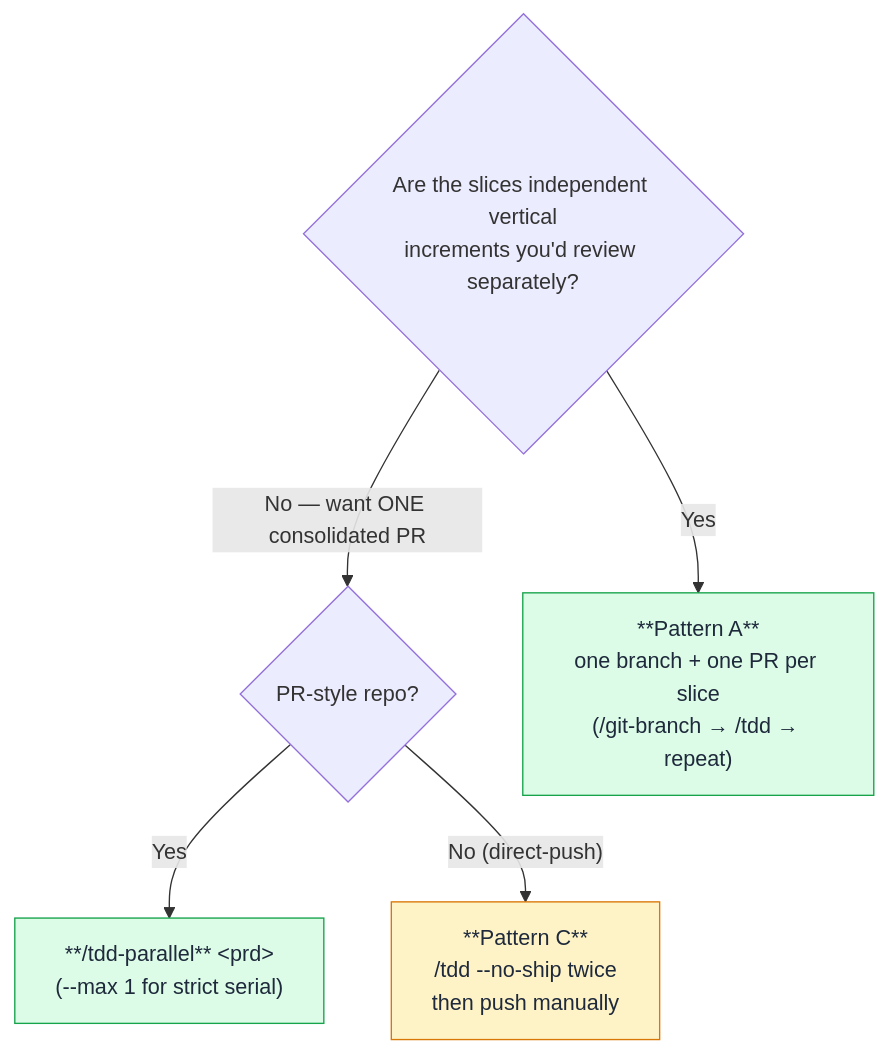
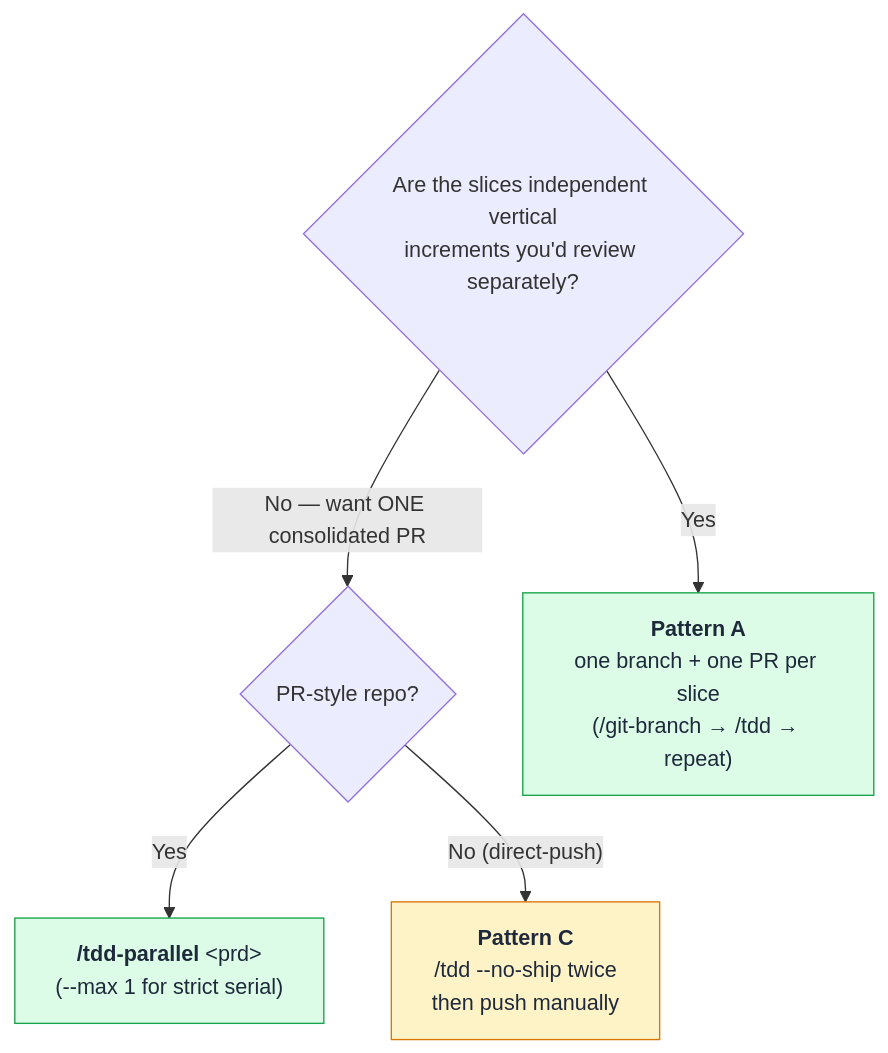
One commit to ZunoSmartLabs/zsl-superpowers changed the seventh of 7 diagrams in docs/concepts/branching.md. Above: the diagram before and after it, drawn with Mermaid. The commit also changed 7 other files, not shown here.

First line of the commit message:
docs: fix dark-mode mermaid diagrams (legibility + bold labels + layout)

````diff
--- a/docs/concepts/branching.md
+++ b/docs/concepts/branching.md
@@ -253,15 +253,15 @@
 ```mermaid
 flowchart TB
     q1{"Are the slices independent vertical<br/>increments you'd review separately?"}
     q2{"PR-style repo?"}
-    pa["**Pattern A**<br/>one branch + one PR per slice<br/>(/git-branch → /tdd → repeat)"]:::good
-    tp["**/tdd-parallel** &lt;prd&gt;<br/>(--max 1 for strict serial)"]:::good
-    pc["**Pattern C**<br/>/tdd --no-ship twice<br/>then push manually"]:::ok
+    pa["`**Pattern A**<br/>one branch + one PR per slice<br/>(/git-branch → /tdd → repeat)`"]:::good
+    tp["`**/tdd-parallel** &lt;prd&gt;<br/>(--max 1 for strict serial)`"]:::good
+    pc["`**Pattern C**<br/>/tdd --no-ship twice<br/>then push manually`"]:::ok
     q1 -->|Yes| pa
     q1 -->|"No — want ONE consolidated PR"| q2
     q2 -->|Yes| tp
     q2 -->|"No (direct-push)"| pc
 
     classDef good fill:#dcfce7,stroke:#16a34a,color:#1e293b;
     classDef ok fill:#fef3c7,stroke:#d97706,color:#1e293b;
 ```
````
